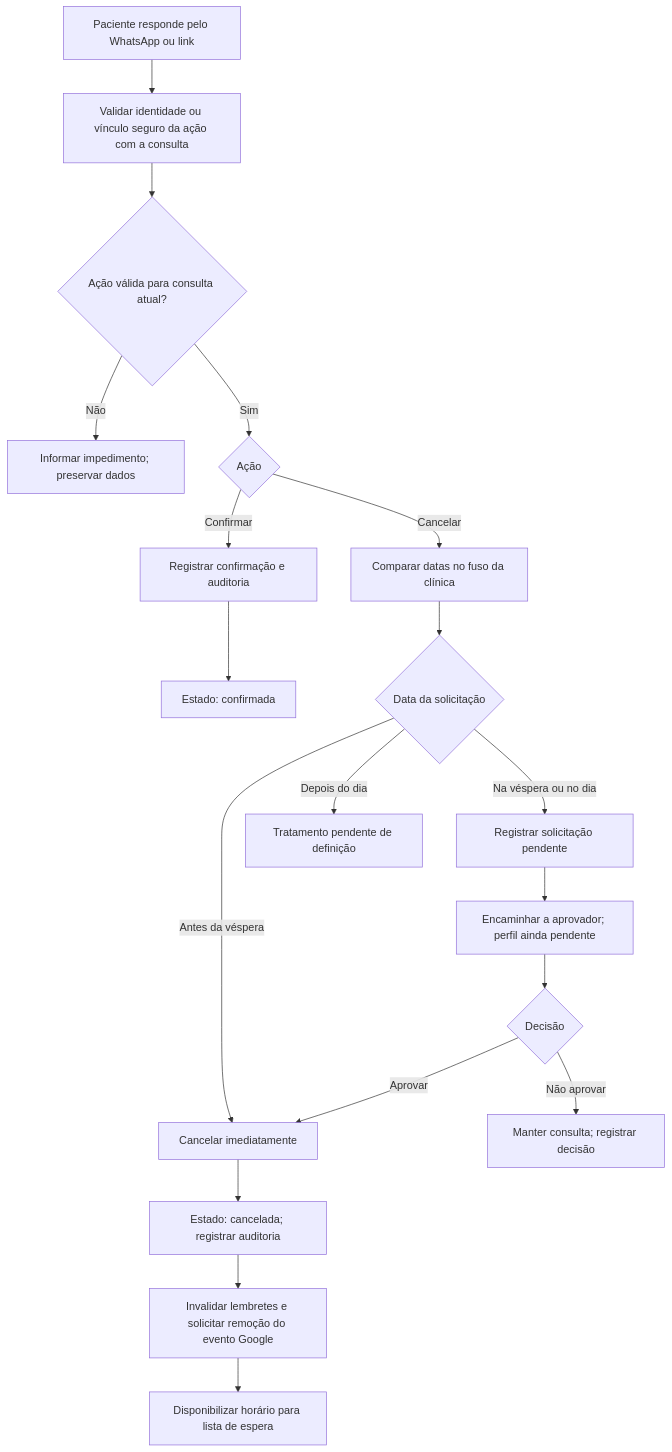
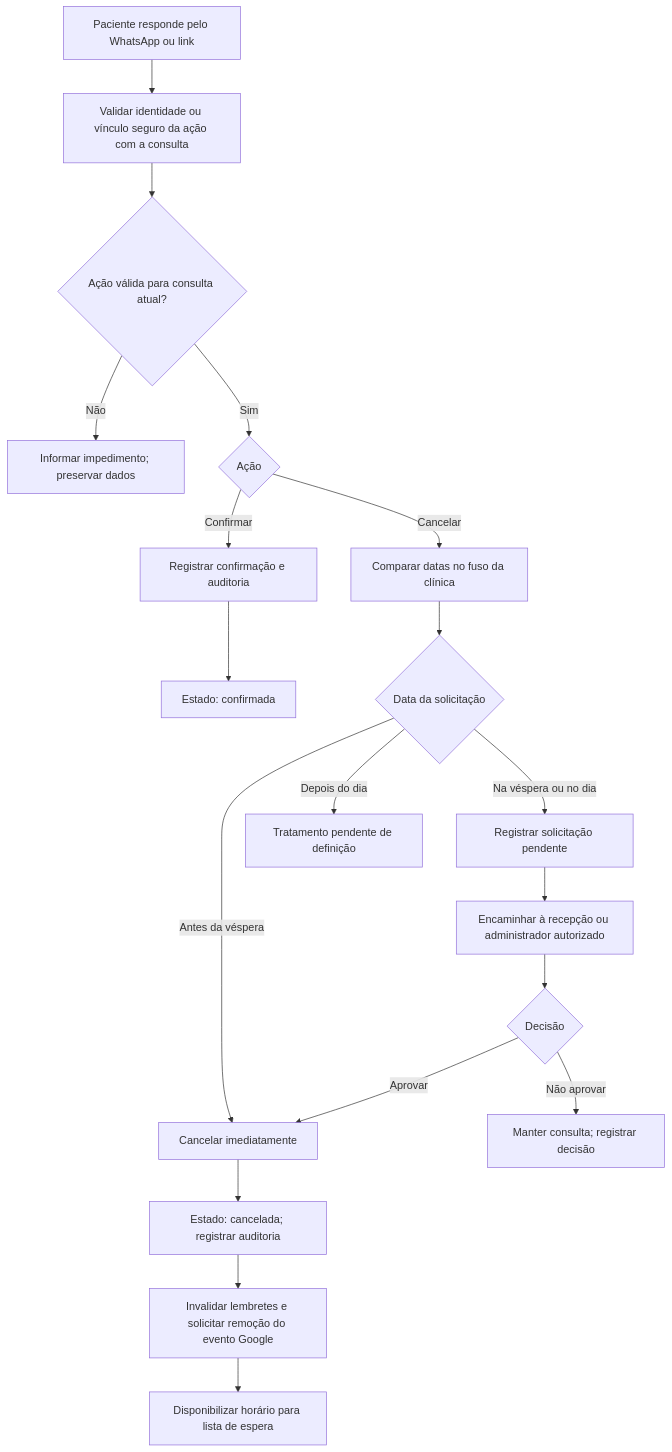
Before and after one commit to ArthurSarva/IntegraConsultas: the fourth of 7 diagrams in docs/fluxograma-sistema.md, drawn with Mermaid. The commit also changed other lines of this file, not shown here.

````diff
--- a/docs/fluxograma-sistema.md
+++ b/docs/fluxograma-sistema.md
@@ -96,21 +96,21 @@
 ```mermaid
 flowchart TD
     A["Paciente responde pelo WhatsApp ou link"] --> B["Validar identidade ou vínculo seguro da ação com a consulta"]
     B --> C{"Ação válida para consulta atual?"}
     C -->|Não| D["Informar impedimento; preservar dados"]
     C -->|Sim| E{"Ação"}
     E -->|Confirmar| F["Registrar confirmação e auditoria"]
     F --> G["Estado: confirmada"]
     E -->|Cancelar| H["Comparar datas no fuso da clínica"]
     H --> I{"Data da solicitação"}
     I -->|Antes da véspera| J["Cancelar imediatamente"]
     I -->|Na véspera ou no dia| K["Registrar solicitação pendente"]
     I -->|Depois do dia| L["Tratamento pendente de definição"]
-    K --> M["Encaminhar a aprovador; perfil ainda pendente"]
+    K --> M["Encaminhar à recepção ou administrador autorizado"]
     M --> N{"Decisão"}
     N -->|Aprovar| J
     N -->|Não aprovar| O["Manter consulta; registrar decisão"]
     J --> P["Estado: cancelada; registrar auditoria"]
     P --> Q["Invalidar lembretes e solicitar remoção do evento Google"]
     Q --> R["Disponibilizar horário para lista de espera"]
 ```
````
